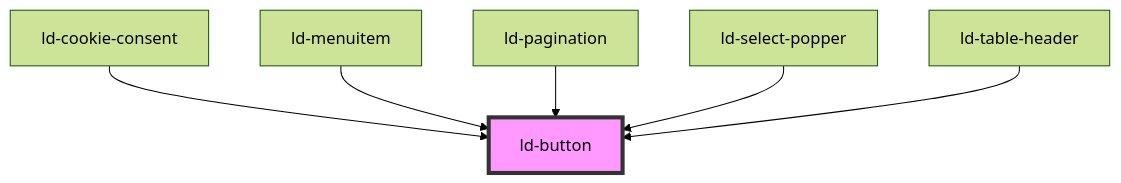
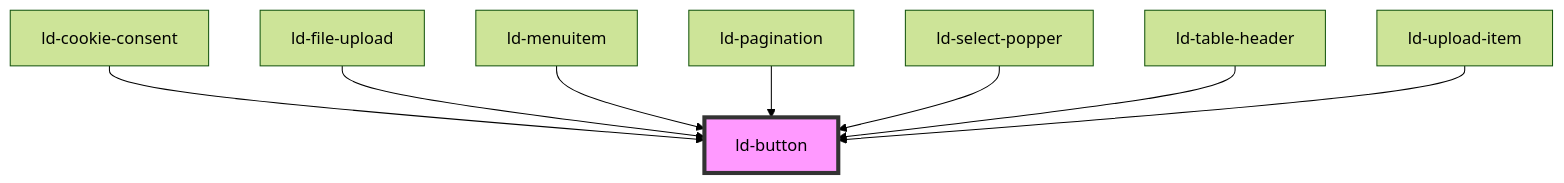
One commit to emdgroup-liquid/liquid changed the diagram in src/liquid/components/ld-button/readme.md. Above: the diagram before and after it, drawn with Mermaid (forest theme). The commit also changed other lines of this file and 21 other files, not shown here.

````diff
--- a/src/liquid/components/ld-button/readme.md
+++ b/src/liquid/components/ld-button/readme.md
@@ -693,9 +695,11 @@
 ```mermaid
 graph TD;
   ld-cookie-consent --> ld-button
+  ld-file-upload --> ld-button
   ld-menuitem --> ld-button
   ld-pagination --> ld-button
   ld-select-popper --> ld-button
   ld-table-header --> ld-button
+  ld-upload-item --> ld-button
   style ld-button fill:#f9f,stroke:#333,stroke-width:4px
 ```
````
